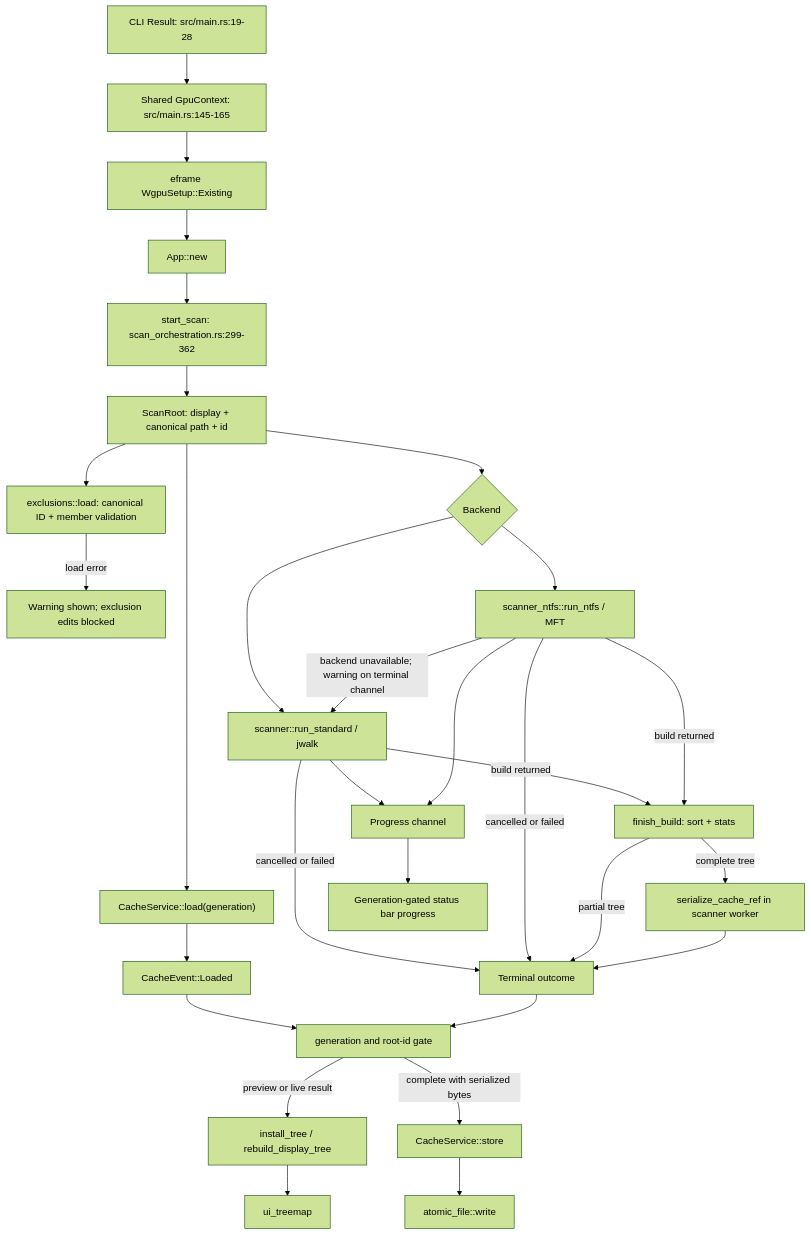
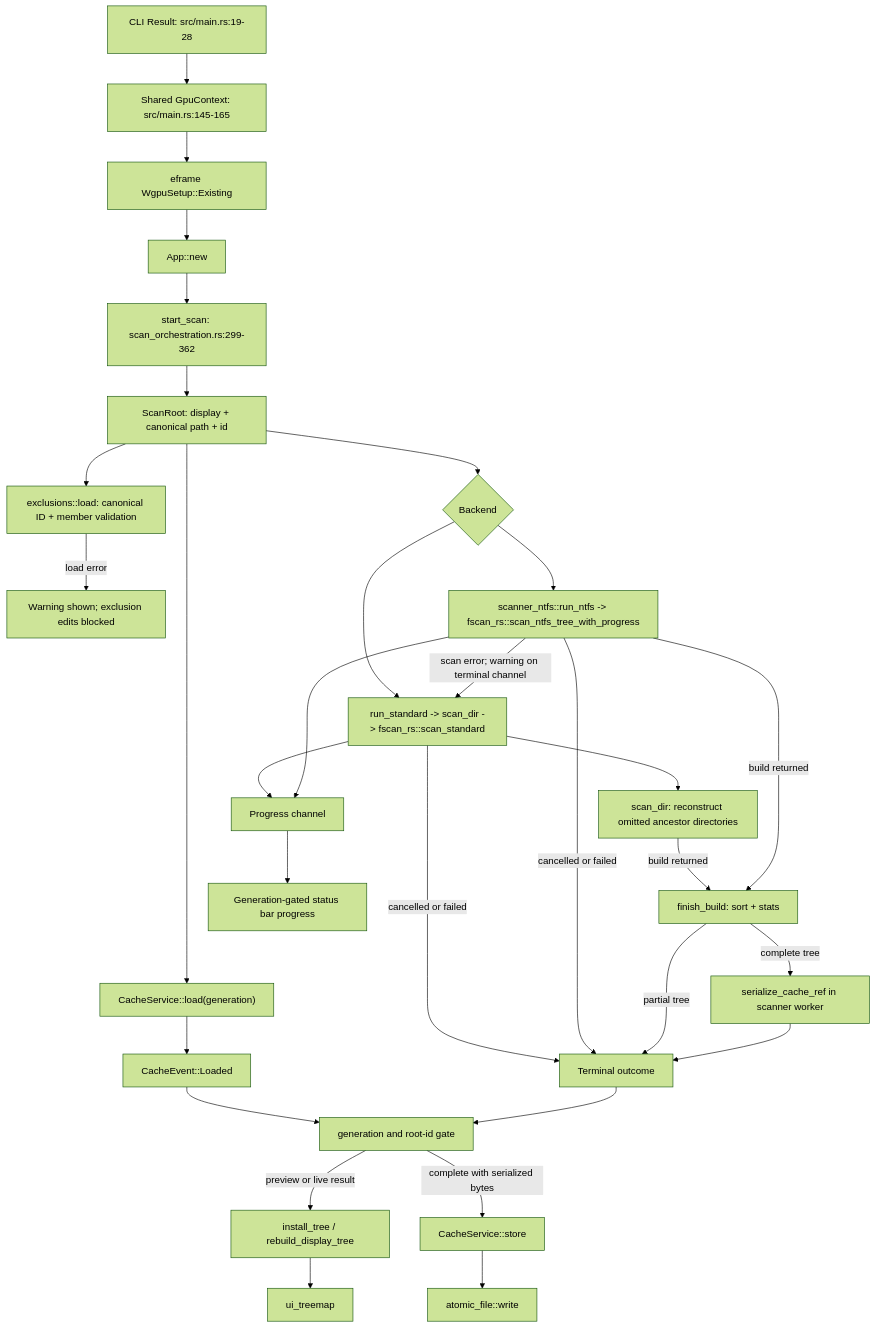
The first of 8 diagrams in DIAGRAMS.md (ssoj13/squarebob-rs), drawn with Mermaid (forest theme) before and after one commit. The commit also changed other lines of this file and 30 other files, not shown here.

Commit message:
Use published fscan scanner in Squarebob

````diff
--- a/DIAGRAMS.md
+++ b/DIAGRAMS.md
@@ -7,32 +7,33 @@
 ```mermaid
 flowchart TD
     CLI["CLI Result: src/main.rs:19-28"] --> GPU["Shared GpuContext: src/main.rs:145-165"]
     GPU --> Eframe["eframe WgpuSetup::Existing"]
     Eframe --> App["App::new"]
     App --> Start["start_scan: scan_orchestration.rs:299-362"]
     Start --> Root["ScanRoot: display + canonical path + id"]
     Root --> Exclusions["exclusions::load: canonical ID + member validation"]
     Exclusions -->|load error| Warning["Warning shown; exclusion edits blocked"]
     Root --> CacheCmd["CacheService::load(generation)"]
     Root --> Select{"Backend"}
-    Select --> Standard["scanner::run_standard / jwalk"]
-    Select --> NTFS["scanner_ntfs::run_ntfs / MFT"]
-    NTFS -->|backend unavailable; warning on terminal channel| Standard
-    Standard -->|build returned| Build["finish_build: sort + stats"]
+    Select --> Standard["run_standard -> scan_dir -> fscan_rs::scan_standard"]
+    Select --> NTFS["scanner_ntfs::run_ntfs -> fscan_rs::scan_ntfs_tree_with_progress"]
+    NTFS -->|scan error; warning on terminal channel| Standard
+    Standard --> Ancestors["scan_dir: reconstruct omitted ancestor directories"]
+    Ancestors -->|build returned| Build["finish_build: sort + stats"]
     NTFS -->|build returned| Build
     Standard -->|cancelled or failed| Terminal["Terminal outcome"]
     NTFS -->|cancelled or failed| Terminal
     Build -->|complete tree| Serialize["serialize_cache_ref in scanner worker"]
     Build -->|partial tree| Terminal
     Serialize --> Terminal
     Standard --> Progress["Progress channel"]
     NTFS --> Progress
     CacheCmd --> CacheEvent["CacheEvent::Loaded"]
     CacheEvent --> Gate["generation and root-id gate"]
     Progress --> UIStatus["Generation-gated status bar progress"]
     Terminal --> Gate
     Gate -->|preview or live result| Install["install_tree / rebuild_display_tree"]
     Gate -->|complete with serialized bytes| Store["CacheService::store"]
     Store --> Atomic["atomic_file::write"]
     Install --> UI["ui_treemap"]
 ```
````
